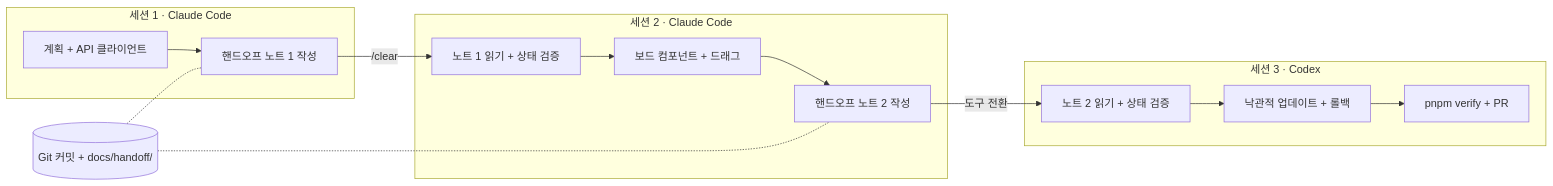
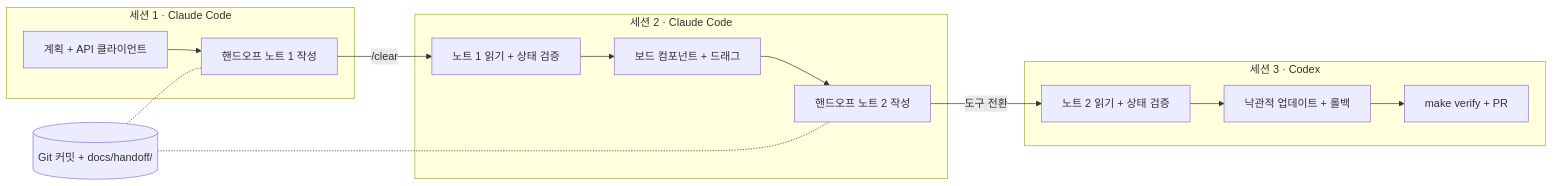
The diagram in modules/03-agentic-workflow/03-4-context-management.md (DataDynamics/ai-development-guide), drawn with Mermaid before and after one commit. The commit also changed other lines of this file and 5 other files, not shown here.

````diff
--- a/modules/03-agentic-workflow/03-4-context-management.md
+++ b/modules/03-agentic-workflow/03-4-context-management.md
@@ -43,16 +43,16 @@
 ```mermaid
 flowchart LR
     subgraph S1[세션 1 · Claude Code]
       A1[계획 + API 클라이언트] --> H1[핸드오프 노트 1 작성]
     end
     subgraph S2[세션 2 · Claude Code]
       B0[노트 1 읽기 + 상태 검증] --> B1[보드 컴포넌트 + 드래그] --> H2[핸드오프 노트 2 작성]
     end
     subgraph S3[세션 3 · Codex]
-      C0[노트 2 읽기 + 상태 검증] --> C1[낙관적 업데이트 + 롤백] --> V[pnpm verify + PR]
+      C0[노트 2 읽기 + 상태 검증] --> C1[낙관적 업데이트 + 롤백] --> V[make verify + PR]
     end
     H1 -- /clear --> B0
     H2 -- 도구 전환 --> C0
     G[(Git 커밋 + docs/handoff/)] -.- H1
     G -.- H2
 ```
````
